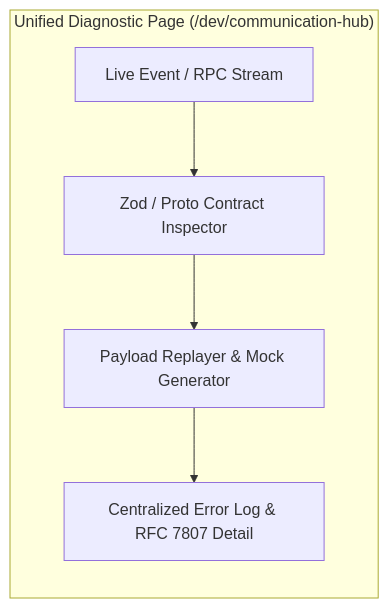
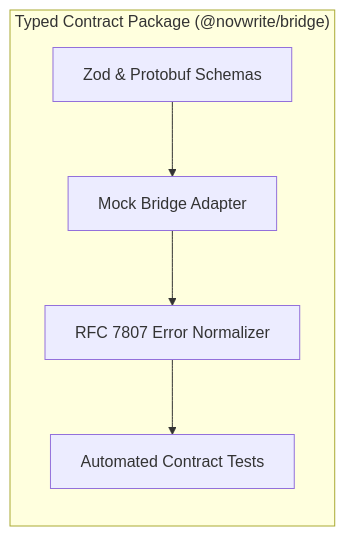
The second of 3 diagrams in docs/COMMUNICATION_LAYER.md (Yogesh-Kumar-Mallik-dev/NovWrite), drawn with Mermaid before and after one commit. The commit also changed other lines of this file and 12 other files, not shown here.

Commit message:
docs(architecture): update baseline to v2.8 and eliminate stale documentation

````diff
--- a/docs/COMMUNICATION_LAYER.md
+++ b/docs/COMMUNICATION_LAYER.md
@@ -180,13 +180,13 @@
 ```mermaid
 flowchart LR
-    subgraph UI ["Unified Diagnostic Page (/dev/communication-hub)"]
-        TrafficTable["Live Event / RPC Stream"]
-        SchemaInspector["Zod / Proto Contract Inspector"]
-        ReplayEngine["Payload Replayer & Mock Generator"]
-        ErrorSummary["Centralized Error Log & RFC 7807 Detail"]
+    subgraph BridgePkg ["Typed Contract Package (@novwrite/bridge)"]
+        ContractSchemas["Zod & Protobuf Schemas"]
+        MockAdapter["Mock Bridge Adapter"]
+        ErrorPipeline["RFC 7807 Error Normalizer"]
+        ContractTests["Automated Contract Tests"]
     end
 
-    TrafficTable --> SchemaInspector
-    SchemaInspector --> ReplayEngine
-    ReplayEngine --> ErrorSummary
+    ContractSchemas --> MockAdapter
+    MockAdapter --> ErrorPipeline
+    ErrorPipeline --> ContractTests
 ```
````
